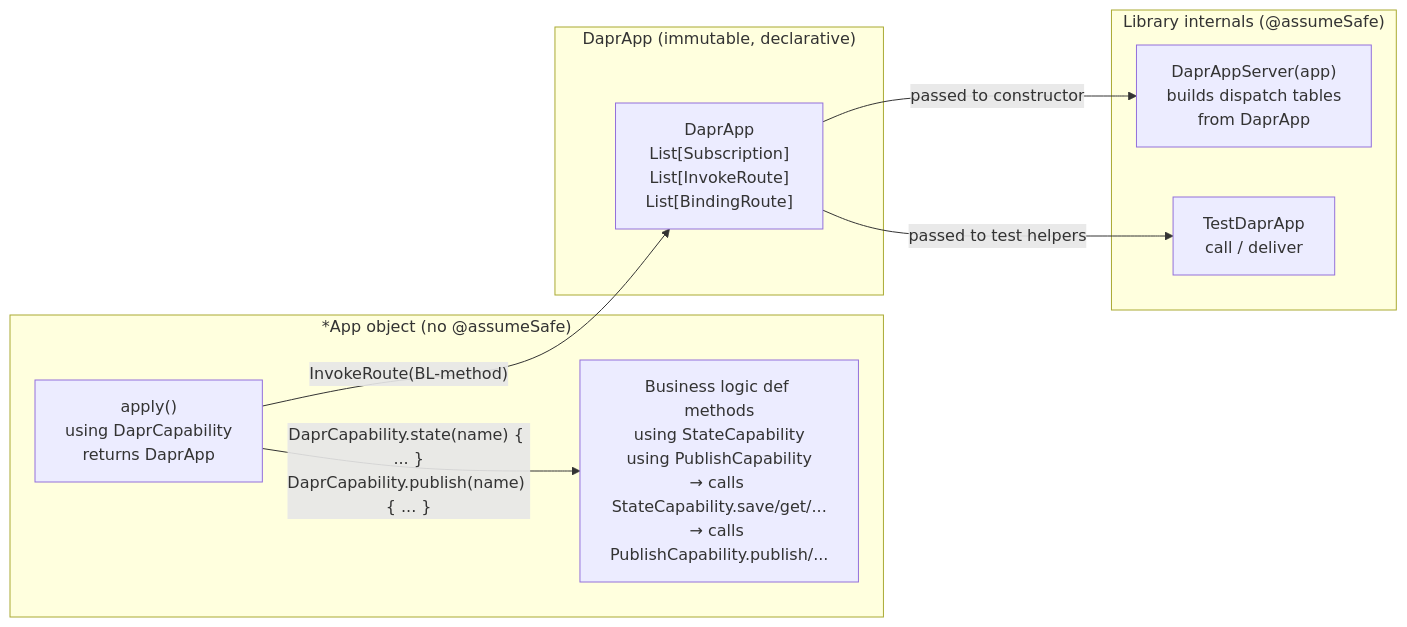
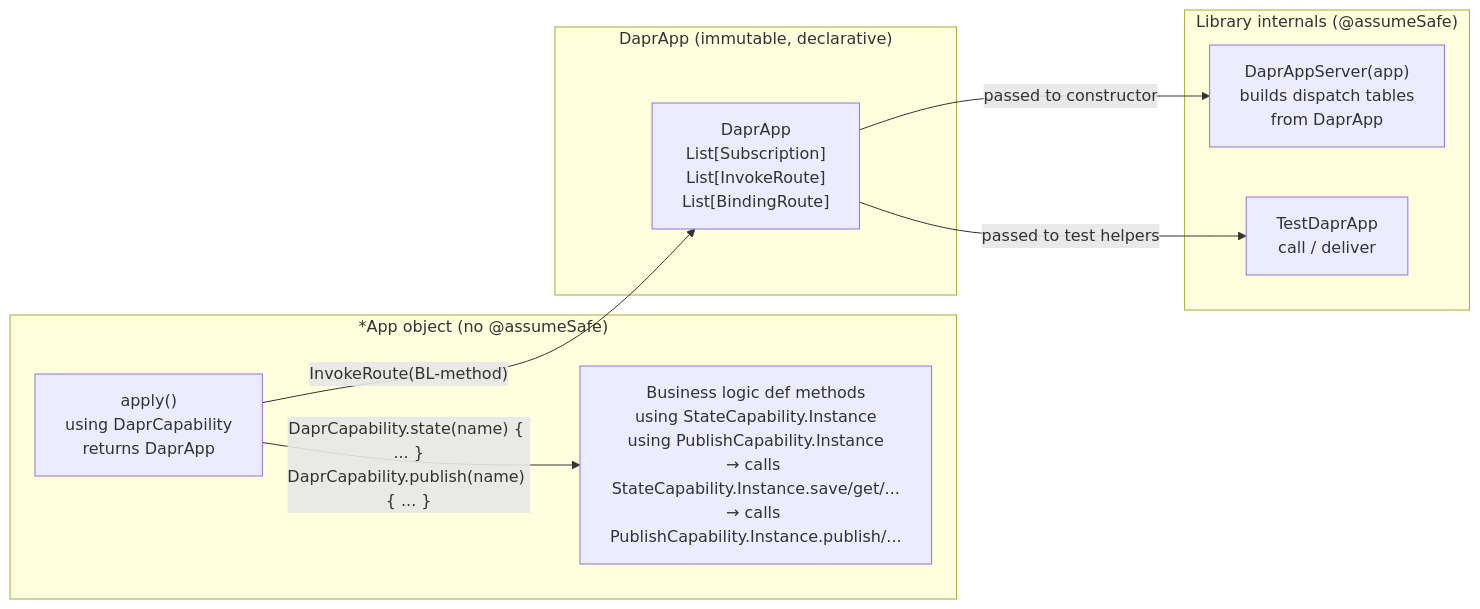
Before and after one commit to sideeffffect/dapr4s: the fifth of 7 diagrams in docs/DESIGN.md, drawn with Mermaid. The commit also changed other lines of this file and 297 other files, not shown here.

````diff
--- a/docs/DESIGN.md
+++ b/docs/DESIGN.md
@@ -338,21 +386,21 @@
 ```mermaid
 graph LR
     subgraph "*App object (no @assumeSafe)"
-        BL["Business logic def methods\nusing StateCapability\nusing PublishCapability\n→ calls StateCapability.save/get/...\n→ calls PublishCapability.publish/..."]
+        BL["Business logic def methods\nusing StateCapability.Instance\nusing PublishCapability.Instance\n→ calls StateCapability.Instance.save/get/...\n→ calls PublishCapability.Instance.publish/..."]
         CFG["apply()\nusing DaprCapability\nreturns DaprApp"]
         CFG -->|"DaprCapability.state(name) { ... }\nDaprCapability.publish(name) { ... }"| BL
     end
 
     subgraph "DaprApp (immutable, declarative)"
         DA["DaprApp\nList[Subscription]\nList[InvokeRoute]\nList[BindingRoute]"]
     end
 
     subgraph "Library internals (@assumeSafe)"
         SRV["DaprAppServer(app)\nbuilds dispatch tables\nfrom DaprApp"]
         TST["TestDaprApp\ncall / deliver"]
     end
 
     CFG -->|"InvokeRoute(BL-method)"| DA
     DA -->|"passed to constructor"| SRV
     DA -->|"passed to test helpers"| TST
 ```
````
